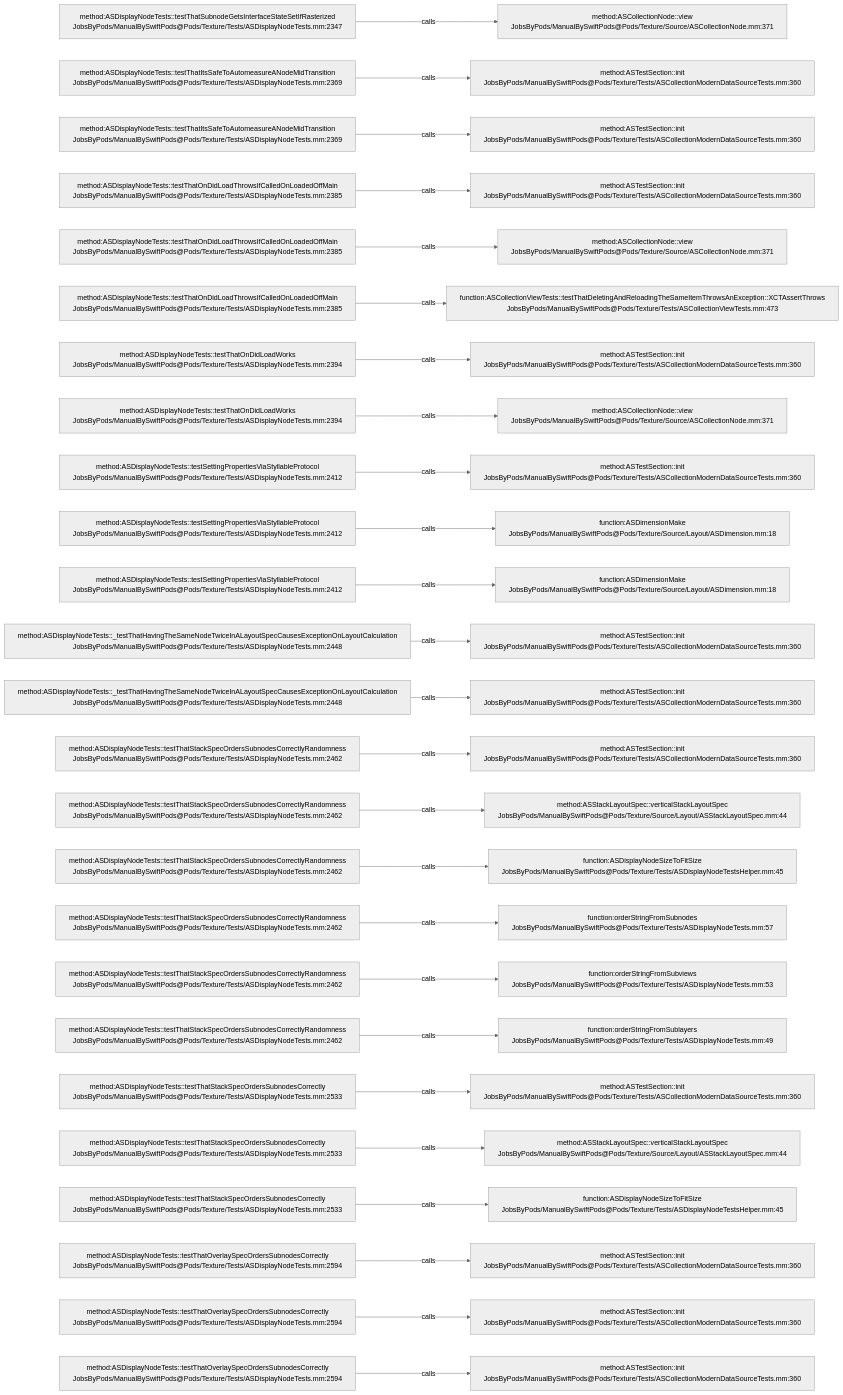
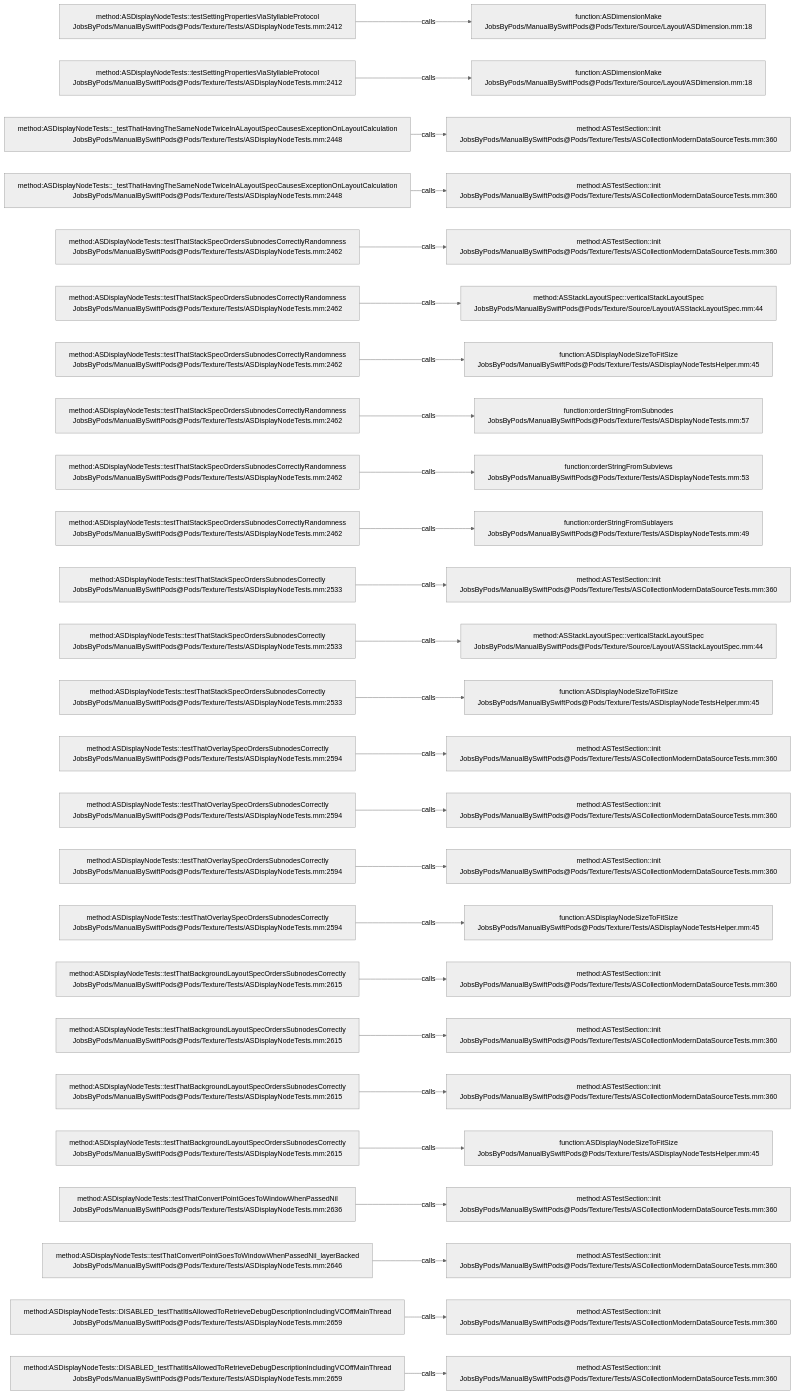
Before and after one commit to JobsKits/JobsSwiftBaseConfigDemo: the diagram in .codegraph/codegraph.md/graphs/calls-196.md, drawn with Mermaid (neutral theme). The commit also changed 707 other files, not shown here.

````diff
--- a/.codegraph/codegraph.md/graphs/calls-196.md
+++ b/.codegraph/codegraph.md/graphs/calls-196.md
@@ -13,78 +13,78 @@
 ```mermaid
 flowchart LR
-  S1["method:ASDisplayNodeTests::testThatSubnodeGetsInterfaceStateSetIfRasterized<br/>JobsByPods/ManualBySwiftPods@Pods/Texture/Tests/ASDisplayNodeTests.mm:2347"]
-  T1["method:ASCollectionNode::view<br/>JobsByPods/ManualBySwiftPods@Pods/Texture/Source/ASCollectionNode.mm:371"]
+  S1["method:ASDisplayNodeTests::testSettingPropertiesViaStyllableProtocol<br/>JobsByPods/ManualBySwiftPods@Pods/Texture/Tests/ASDisplayNodeTests.mm:2412"]
+  T1["function:ASDimensionMake<br/>JobsByPods/ManualBySwiftPods@Pods/Texture/Source/Layout/ASDimension.mm:18"]
   S1 -->|calls| T1
-  S2["method:ASDisplayNodeTests::testThatItsSafeToAutomeasureANodeMidTransition<br/>JobsByPods/ManualBySwiftPods@Pods/Texture/Tests/ASDisplayNodeTests.mm:2369"]
-  T2["method:ASTestSection::init<br/>JobsByPods/ManualBySwiftPods@Pods/Texture/Tests/ASCollectionModernDataSourceTests.mm:360"]
+  S2["method:ASDisplayNodeTests::testSettingPropertiesViaStyllableProtocol<br/>JobsByPods/ManualBySwiftPods@Pods/Texture/Tests/ASDisplayNodeTests.mm:2412"]
+  T2["function:ASDimensionMake<br/>JobsByPods/ManualBySwiftPods@Pods/Texture/Source/Layout/ASDimension.mm:18"]
   S2 -->|calls| T2
-  S3["method:ASDisplayNodeTests::testThatItsSafeToAutomeasureANodeMidTransition<br/>JobsByPods/ManualBySwiftPods@Pods/Texture/Tests/ASDisplayNodeTests.mm:2369"]
+  S3["method:ASDisplayNodeTests::_testThatHavingTheSameNodeTwiceInALayoutSpecCausesExceptionOnLayoutCalculation<br/>JobsByPods/ManualBySwiftPods@Pods/Texture/Tests/ASDisplayNodeTests.mm:2448"]
   T3["method:ASTestSection::init<br/>JobsByPods/ManualBySwiftPods@Pods/Texture/Tests/ASCollectionModernDataSourceTests.mm:360"]
   S3 -->|calls| T3
-  S4["method:ASDisplayNodeTests::testThatOnDidLoadThrowsIfCalledOnLoadedOffMain<br/>JobsByPods/ManualBySwiftPods@Pods/Texture/Tests/ASDisplayNodeTests.mm:2385"]
+  S4["method:ASDisplayNodeTests::_testThatHavingTheSameNodeTwiceInALayoutSpecCausesExceptionOnLayoutCalculation<br/>JobsByPods/ManualBySwiftPods@Pods/Texture/Tests/ASDisplayNodeTests.mm:2448"]
   T4["method:ASTestSection::init<br/>JobsByPods/ManualBySwiftPods@Pods/Texture/Tests/ASCollectionModernDataSourceTests.mm:360"]
   S4 -->|calls| T4
-  S5["method:ASDisplayNodeTests::testThatOnDidLoadThrowsIfCalledOnLoadedOffMain<br/>JobsByPods/ManualBySwiftPods@Pods/Texture/Tests/ASDisplayNodeTests.mm:2385"]
-  T5["method:ASCollectionNode::view<br/>JobsByPods/ManualBySwiftPods@Pods/Texture/Source/ASCollectionNode.mm:371"]
+  S5["method:ASDisplayNodeTests::testThatStackSpecOrdersSubnodesCorrectlyRandomness<br/>JobsByPods/ManualBySwiftPods@Pods/Texture/Tests/ASDisplayNodeTests.mm:2462"]
+  T5["method:ASTestSection::init<br/>JobsByPods/ManualBySwiftPods@Pods/Texture/Tests/ASCollectionModernDataSourceTests.mm:360"]
   S5 -->|calls| T5
-  S6["method:ASDisplayNodeTests::testThatOnDidLoadThrowsIfCalledOnLoadedOffMain<br/>JobsByPods/ManualBySwiftPods@Pods/Texture/Tests/ASDisplayNodeTests.mm:2385"]
-  T6["function:ASCollectionViewTests::testThatDeletingAndReloadingTheSameItemThrowsAnException::XCTAssertThrows<br/>JobsByPods/ManualBySwiftPods@Pods/Texture/Tests/ASCollectionViewTests.mm:473"]
+  S6["method:ASDisplayNodeTests::testThatStackSpecOrdersSubnodesCorrectlyRandomness<br/>JobsByPods/ManualBySwiftPods@Pods/Texture/Tests/ASDisplayNodeTests.mm:2462"]
+  T6["method:ASStackLayoutSpec::verticalStackLayoutSpec<br/>JobsByPods/ManualBySwiftPods@Pods/Texture/Source/Layout/ASStackLayoutSpec.mm:44"]
   S6 -->|calls| T6
-  S7["method:ASDisplayNodeTests::testThatOnDidLoadWorks<br/>JobsByPods/ManualBySwiftPods@Pods/Texture/Tests/ASDisplayNodeTests.mm:2394"]
-  T7["method:ASTestSection::init<br/>JobsByPods/ManualBySwiftPods@Pods/Texture/Tests/ASCollectionModernDataSourceTests.mm:360"]
+  S7["method:ASDisplayNodeTests::testThatStackSpecOrdersSubnodesCorrectlyRandomness<br/>JobsByPods/ManualBySwiftPods@Pods/Texture/Tests/ASDisplayNodeTests.mm:2462"]
+  T7["function:ASDisplayNodeSizeToFitSize<br/>JobsByPods/ManualBySwiftPods@Pods/Texture/Tests/ASDisplayNodeTestsHelper.mm:45"]
   S7 -->|calls| T7
-  S8["method:ASDisplayNodeTests::testThatOnDidLoadWorks<br/>JobsByPods/ManualBySwiftPods@Pods/Texture/Tests/ASDisplayNodeTests.mm:2394"]
-  T8["method:ASCollectionNode::view<br/>JobsByPods/ManualBySwiftPods@Pods/Texture/Source/ASCollectionNode.mm:371"]
+  S8["method:ASDisplayNodeTests::testThatStackSpecOrdersSubnodesCorrectlyRandomness<br/>JobsByPods/ManualBySwiftPods@Pods/Texture/Tests/ASDisplayNodeTests.mm:2462"]
+  T8["function:orderStringFromSubnodes<br/>JobsByPods/ManualBySwiftPods@Pods/Texture/Tests/ASDisplayNodeTests.mm:57"]
   S8 -->|calls| T8
-  S9["method:ASDisplayNodeTests::testSettingPropertiesViaStyllableProtocol<br/>JobsByPods/ManualBySwiftPods@Pods/Texture/Tests/ASDisplayNodeTests.mm:2412"]
-  T9["method:ASTestSection::init<br/>JobsByPods/ManualBySwiftPods@Pods/Texture/Tests/ASCollectionModernDataSourceTests.mm:360"]
+  S9["method:ASDisplayNodeTests::testThatStackSpecOrdersSubnodesCorrectlyRandomness<br/>JobsByPods/ManualBySwiftPods@Pods/Texture/Tests/ASDisplayNodeTests.mm:2462"]
+  T9["function:orderStringFromSubviews<br/>JobsByPods/ManualBySwiftPods@Pods/Texture/Tests/ASDisplayNodeTests.mm:53"]
   S9 -->|calls| T9
-  S10["method:ASDisplayNodeTests::testSettingPropertiesViaStyllableProtocol<br/>JobsByPods/ManualBySwiftPods@Pods/Texture/Tests/ASDisplayNodeTests.mm:2412"]
-  T10["function:ASDimensionMake<br/>JobsByPods/ManualBySwiftPods@Pods/Texture/Source/Layout/ASDimension.mm:18"]
+  S10["method:ASDisplayNodeTests::testThatStackSpecOrdersSubnodesCorrectlyRandomness<br/>JobsByPods/ManualBySwiftPods@Pods/Texture/Tests/ASDisplayNodeTests.mm:2462"]
+  T10["function:orderStringFromSublayers<br/>JobsByPods/ManualBySwiftPods@Pods/Texture/Tests/ASDisplayNodeTests.mm:49"]
   S10 -->|calls| T10
-  S11["method:ASDisplayNodeTests::testSettingPropertiesViaStyllableProtocol<br/>JobsByPods/ManualBySwiftPods@Pods/Texture/Tests/ASDisplayNodeTests.mm:2412"]
-  T11["function:ASDimensionMake<br/>JobsByPods/ManualBySwiftPods@Pods/Texture/Source/Layout/ASDimension.mm:18"]
+  S11["method:ASDisplayNodeTests::testThatStackSpecOrdersSubnodesCorrectly<br/>JobsByPods/ManualBySwiftPods@Pods/Texture/Tests/ASDisplayNodeTests.mm:2533"]
+  T11["method:ASTestSection::init<br/>JobsByPods/ManualBySwiftPods@Pods/Texture/Tests/ASCollectionModernDataSourceTests.mm:360"]
   S11 -->|calls| T11
-  S12["method:ASDisplayNodeTests::_testThatHavingTheSameNodeTwiceInALayoutSpecCausesExceptionOnLayoutCalculation<br/>JobsByPods/ManualBySwiftPods@Pods/Texture/Tests/ASDisplayNodeTests.mm:2448"]
-  T12["method:ASTestSection::init<br/>JobsByPods/ManualBySwiftPods@Pods/Texture/Tests/ASCollectionModernDataSourceTests.mm:360"]
+  S12["method:ASDisplayNodeTests::testThatStackSpecOrdersSubnodesCorrectly<br/>JobsByPods/ManualBySwiftPods@Pods/Texture/Tests/ASDisplayNodeTests.mm:2533"]
+  T12["method:ASStackLayoutSpec::verticalStackLayoutSpec<br/>JobsByPods/ManualBySwiftPods@Pods/Texture/Source/Layout/ASStackLayoutSpec.mm:44"]
   S12 -->|calls| T12
-  S13["method:ASDisplayNodeTests::_testThatHavingTheSameNodeTwiceInALayoutSpecCausesExceptionOnLayoutCalculation<br/>JobsByPods/ManualBySwiftPods@Pods/Texture/Tests/ASDisplayNodeTests.mm:2448"]
-  T13["method:ASTestSection::init<br/>JobsByPods/ManualBySwiftPods@Pods/Texture/Tests/ASCollectionModernDataSourceTests.mm:360"]
+  S13["method:ASDisplayNodeTests::testThatStackSpecOrdersSubnodesCorrectly<br/>JobsByPods/ManualBySwiftPods@Pods/Texture/Tests/ASDisplayNodeTests.mm:2533"]
+  T13["function:ASDisplayNodeSizeToFitSize<br/>JobsByPods/ManualBySwiftPods@Pods/Texture/Tests/ASDisplayNodeTestsHelper.mm:45"]
   S13 -->|calls| T13
-  S14["method:ASDisplayNodeTests::testThatStackSpecOrdersSubnodesCorrectlyRandomness<br/>JobsByPods/ManualBySwiftPods@Pods/Texture/Tests/ASDisplayNodeTests.mm:2462"]
+  S14["method:ASDisplayNodeTests::testThatOverlaySpecOrdersSubnodesCorrectly<br/>JobsByPods/ManualBySwiftPods@Pods/Texture/Tests/ASDisplayNodeTests.mm:2594"]
   T14["method:ASTestSection::init<br/>JobsByPods/ManualBySwiftPods@Pods/Texture/Tests/ASCollectionModernDataSourceTests.mm:360"]
   S14 -->|calls| T14
-  S15["method:ASDisplayNodeTests::testThatStackSpecOrdersSubnodesCorrectlyRandomness<br/>JobsByPods/ManualBySwiftPods@Pods/Texture/Tests/ASDisplayNodeTests.mm:2462"]
-  T15["method:ASStackLayoutSpec::verticalStackLayoutSpec<br/>JobsByPods/ManualBySwiftPods@Pods/Texture/Source/Layout/ASStackLayoutSpec.mm:44"]
+  S15["method:ASDisplayNodeTests::testThatOverlaySpecOrdersSubnodesCorrectly<br/>JobsByPods/ManualBySwiftPods@Pods/Texture/Tests/ASDisplayNodeTests.mm:2594"]
+  T15["method:ASTestSection::init<br/>JobsByPods/ManualBySwiftPods@Pods/Texture/Tests/ASCollectionModernDataSourceTests.mm:360"]
   S15 -->|calls| T15
-  S16["method:ASDisplayNodeTests::testThatStackSpecOrdersSubnodesCorrectlyRandomness<br/>JobsByPods/ManualBySwiftPods@Pods/Texture/Tests/ASDisplayNodeTests.mm:2462"]
-  T16["function:ASDisplayNodeSizeToFitSize<br/>JobsByPods/ManualBySwiftPods@Pods/Texture/Tests/ASDisplayNodeTestsHelper.mm:45"]
+  S16["method:ASDisplayNodeTests::testThatOverlaySpecOrdersSubnodesCorrectly<br/>JobsByPods/ManualBySwiftPods@Pods/Texture/Tests/ASDisplayNodeTests.mm:2594"]
+  T16["method:ASTestSection::init<br/>JobsByPods/ManualBySwiftPods@Pods/Texture/Tests/ASCollectionModernDataSourceTests.mm:360"]
   S16 -->|calls| T16
-  S17["method:ASDisplayNodeTests::testThatStackSpecOrdersSubnodesCorrectlyRandomness<br/>JobsByPods/ManualBySwiftPods@Pods/Texture/Tests/ASDisplayNodeTests.mm:2462"]
-  T17["function:orderStringFromSubnodes<br/>JobsByPods/ManualBySwiftPods@Pods/Texture/Tests/ASDisplayNodeTests.mm:57"]
+  S17["method:ASDisplayNodeTests::testThatOverlaySpecOrdersSubnodesCorrectly<br/>JobsByPods/ManualBySwiftPods@Pods/Texture/Tests/ASDisplayNodeTests.mm:2594"]
+  T17["function:ASDisplayNodeSizeToFitSize<br/>JobsByPods/ManualBySwiftPods@Pods/Texture/Tests/ASDisplayNodeTestsHelper.mm:45"]
   S17 -->|calls| T17
-  S18["method:ASDisplayNodeTests::testThatStackSpecOrdersSubnodesCorrectlyRandomness<br/>JobsByPods/ManualBySwiftPods@Pods/Texture/Tests/ASDisplayNodeTests.mm:2462"]
-  T18["function:orderStringFromSubviews<br/>JobsByPods/ManualBySwiftPods@Pods/Texture/Tests/ASDisplayNodeTests.mm:53"]
+  S18["method:ASDisplayNodeTests::testThatBackgroundLayoutSpecOrdersSubnodesCorrectly<br/>JobsByPods/ManualBySwiftPods@Pods/Texture/Tests/ASDisplayNodeTests.mm:2615"]
+  T18["method:ASTestSection::init<br/>JobsByPods/ManualBySwiftPods@Pods/Texture/Tests/ASCollectionModernDataSourceTests.mm:360"]
   S18 -->|calls| T18
-  S19["method:ASDisplayNodeTests::testThatStackSpecOrdersSubnodesCorrectlyRandomness<br/>JobsByPods/ManualBySwiftPods@Pods/Texture/Tests/ASDisplayNodeTests.mm:2462"]
-  T19["function:orderStringFromSublayers<br/>JobsByPods/ManualBySwiftPods@Pods/Texture/Tests/ASDisplayNodeTests.mm:49"]
+  S19["method:ASDisplayNodeTests::testThatBackgroundLayoutSpecOrdersSubnodesCorrectly<br/>JobsByPods/ManualBySwiftPods@Pods/Texture/Tests/ASDisplayNodeTests.mm:2615"]
+  T19["method:ASTestSection::init<br/>JobsByPods/ManualBySwiftPods@Pods/Texture/Tests/ASCollectionModernDataSourceTests.mm:360"]
   S19 -->|calls| T19
-  S20["method:ASDisplayNodeTests::testThatStackSpecOrdersSubnodesCorrectly<br/>JobsByPods/ManualBySwiftPods@Pods/Texture/Tests/ASDisplayNodeTests.mm:2533"]
+  S20["method:ASDisplayNodeTests::testThatBackgroundLayoutSpecOrdersSubnodesCorrectly<br/>JobsByPods/ManualBySwiftPods@Pods/Texture/Tests/ASDisplayNodeTests.mm:2615"]
   T20["method:ASTestSection::init<br/>JobsByPods/ManualBySwiftPods@Pods/Texture/Tests/ASCollectionModernDataSourceTests.mm:360"]
   S20 -->|calls| T20
-  S21["method:ASDisplayNodeTests::testThatStackSpecOrdersSubnodesCorrectly<br/>JobsByPods/ManualBySwiftPods@Pods/Texture/Tests/ASDisplayNodeTests.mm:2533"]
-  T21["method:ASStackLayoutSpec::verticalStackLayoutSpec<br/>JobsByPods/ManualBySwiftPods@Pods/Texture/Source/Layout/ASStackLayoutSpec.mm:44"]
+  S21["method:ASDisplayNodeTests::testThatBackgroundLayoutSpecOrdersSubnodesCorrectly<br/>JobsByPods/ManualBySwiftPods@Pods/Texture/Tests/ASDisplayNodeTests.mm:2615"]
+  T21["function:ASDisplayNodeSizeToFitSize<br/>JobsByPods/ManualBySwiftPods@Pods/Texture/Tests/ASDisplayNodeTestsHelper.mm:45"]
   S21 -->|calls| T21
-  S22["method:ASDisplayNodeTests::testThatStackSpecOrdersSubnodesCorrectly<br/>JobsByPods/ManualBySwiftPods@Pods/Texture/Tests/ASDisplayNodeTests.mm:2533"]
-  T22["function:ASDisplayNodeSizeToFitSize<br/>JobsByPods/ManualBySwiftPods@Pods/Texture/Tests/ASDisplayNodeTestsHelper.mm:45"]
+  S22["method:ASDisplayNodeTests::testThatConvertPointGoesToWindowWhenPassedNil<br/>JobsByPods/ManualBySwiftPods@Pods/Texture/Tests/ASDisplayNodeTests.mm:2636"]
+  T22["method:ASTestSection::init<br/>JobsByPods/ManualBySwiftPods@Pods/Texture/Tests/ASCollectionModernDataSourceTests.mm:360"]
   S22 -->|calls| T22
-  S23["method:ASDisplayNodeTests::testThatOverlaySpecOrdersSubnodesCorrectly<br/>JobsByPods/ManualBySwiftPods@Pods/Texture/Tests/ASDisplayNodeTests.mm:2594"]
+  S23["method:ASDisplayNodeTests::testThatConvertPointGoesToWindowWhenPassedNil_layerBacked<br/>JobsByPods/ManualBySwiftPods@Pods/Texture/Tests/ASDisplayNodeTests.mm:2646"]
   T23["method:ASTestSection::init<br/>JobsByPods/ManualBySwiftPods@Pods/Texture/Tests/ASCollectionModernDataSourceTests.mm:360"]
   S23 -->|calls| T23
-  S24["method:ASDisplayNodeTests::testThatOverlaySpecOrdersSubnodesCorrectly<br/>JobsByPods/ManualBySwiftPods@Pods/Texture/Tests/ASDisplayNodeTests.mm:2594"]
+  S24["method:ASDisplayNodeTests::DISABLED_testThatItIsAllowedToRetrieveDebugDescriptionIncludingVCOffMainThread<br/>JobsByPods/ManualBySwiftPods@Pods/Texture/Tests/ASDisplayNodeTests.mm:2659"]
   T24["method:ASTestSection::init<br/>JobsByPods/ManualBySwiftPods@Pods/Texture/Tests/ASCollectionModernDataSourceTests.mm:360"]
   S24 -->|calls| T24
-  S25["method:ASDisplayNodeTests::testThatOverlaySpecOrdersSubnodesCorrectly<br/>JobsByPods/ManualBySwiftPods@Pods/Texture/Tests/ASDisplayNodeTests.mm:2594"]
+  S25["method:ASDisplayNodeTests::DISABLED_testThatItIsAllowedToRetrieveDebugDescriptionIncludingVCOffMainThread<br/>JobsByPods/ManualBySwiftPods@Pods/Texture/Tests/ASDisplayNodeTests.mm:2659"]
   T25["method:ASTestSection::init<br/>JobsByPods/ManualBySwiftPods@Pods/Texture/Tests/ASCollectionModernDataSourceTests.mm:360"]
   S25 -->|calls| T25
 ```
````
